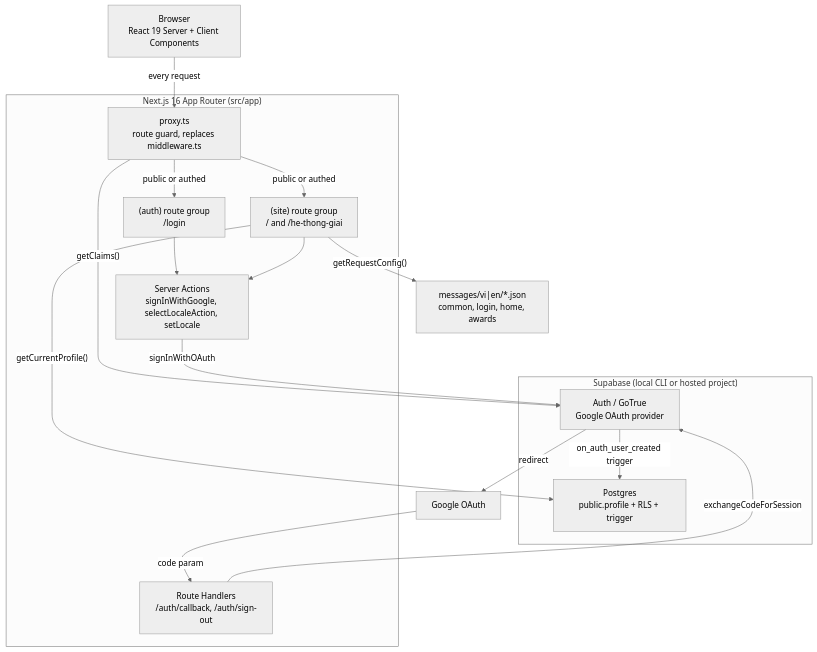
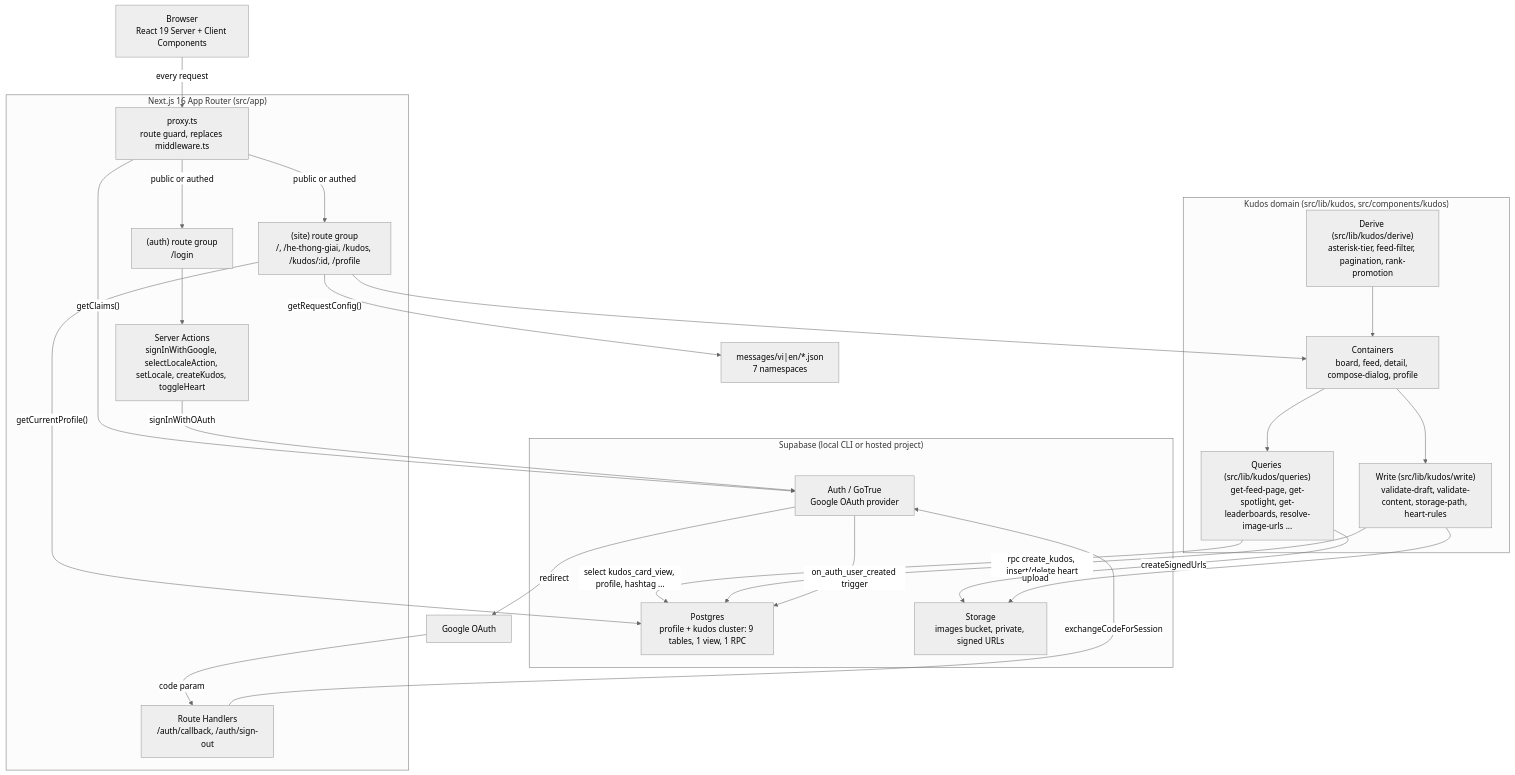
One commit to phidq-2581/saa-2025-web changed the first of 8 diagrams in docs/system/architecture.md. Above: the diagram before and after it, drawn with Mermaid (neutral theme). The commit also changed other lines of this file and 26 other files, not shown here.

````diff
--- a/docs/system/architecture.md
+++ b/docs/system/architecture.md
@@ -11,34 +11,49 @@
 ```mermaid
 graph TB
     Browser["Browser<br/>React 19 Server + Client Components"]
 
     subgraph NextApp["Next.js 16 App Router (src/app)"]
         Proxy["proxy.ts<br/>route guard, replaces middleware.ts"]
         AuthGroup["(auth) route group<br/>/login"]
-        SiteGroup["(site) route group<br/>/  and  /he-thong-giai"]
+        SiteGroup["(site) route group<br/>/, /he-thong-giai, /kudos, /kudos/:id, /profile"]
         AuthRoutes["Route Handlers<br/>/auth/callback, /auth/sign-out"]
-        ServerActions["Server Actions<br/>signInWithGoogle, selectLocaleAction, setLocale"]
+        ServerActions["Server Actions<br/>signInWithGoogle, selectLocaleAction, setLocale, createKudos, toggleHeart"]
+    end
+
+    subgraph KudosDomain["Kudos domain (src/lib/kudos, src/components/kudos)"]
+        Containers["Containers<br/>board, feed, detail, compose-dialog, profile"]
+        Queries["Queries (src/lib/kudos/queries)<br/>get-feed-page, get-spotlight, get-leaderboards, resolve-image-urls ..."]
+        Derive["Derive (src/lib/kudos/derive)<br/>asterisk-tier, feed-filter, pagination, rank-promotion"]
+        Write["Write (src/lib/kudos/write)<br/>validate-draft, validate-content, storage-path, heart-rules"]
     end
 
     subgraph SupabaseBox["Supabase (local CLI or hosted project)"]
         SupaAuth["Auth / GoTrue<br/>Google OAuth provider"]
-        SupaDB["Postgres<br/>public.profile + RLS + trigger"]
+        SupaDB["Postgres<br/>profile + kudos cluster: 9 tables, 1 view, 1 RPC"]
+        SupaStorage["Storage<br/>images bucket, private, signed URLs"]
     end
 
     Google["Google OAuth"]
-    Messages["messages/vi|en/*.json<br/>common, login, home, awards"]
+    Messages["messages/vi|en/*.json<br/>7 namespaces"]
 
     Browser -->|"every request"| Proxy
     Proxy -->|"getClaims()"| SupaAuth
     Proxy -->|"public or authed"| AuthGroup
     Proxy -->|"public or authed"| SiteGroup
     AuthGroup --> ServerActions
-    SiteGroup --> ServerActions
+    SiteGroup --> Containers
+    Containers --> Queries
+    Containers --> Write
+    Derive --> Containers
+    Queries -->|"select kudos_card_view, profile, hashtag ..."| SupaDB
+    Queries -->|"createSignedUrls"| SupaStorage
+    Write -->|"rpc create_kudos, insert/delete heart"| SupaDB
+    Write -->|"upload"| SupaStorage
     ServerActions -->|"signInWithOAuth"| SupaAuth
     AuthRoutes -->|"exchangeCodeForSession"| SupaAuth
     SupaAuth -->|"redirect"| Google
     Google -->|"code param"| AuthRoutes
     SiteGroup -->|"getCurrentProfile()"| SupaDB
     SupaAuth -->|"on_auth_user_created trigger"| SupaDB
     SiteGroup -->|"getRequestConfig()"| Messages
 ```
````
